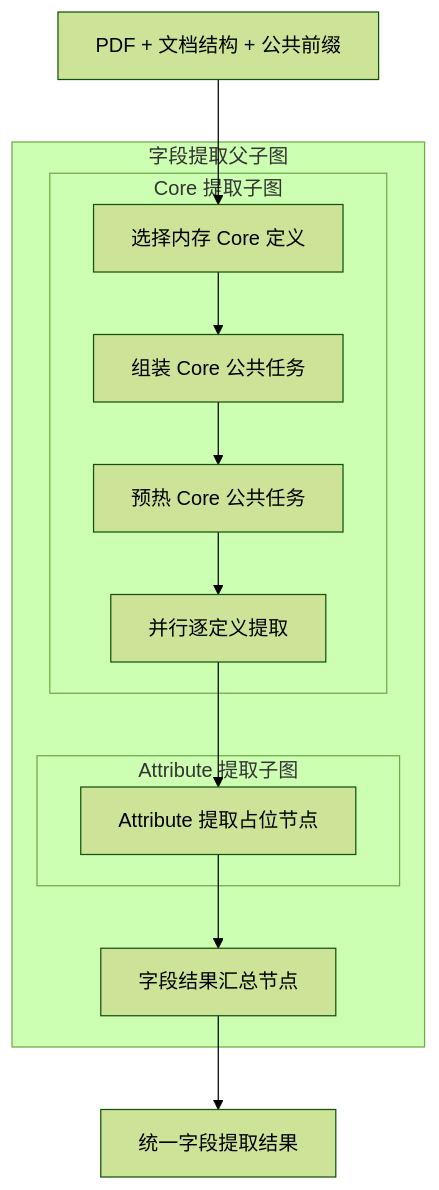
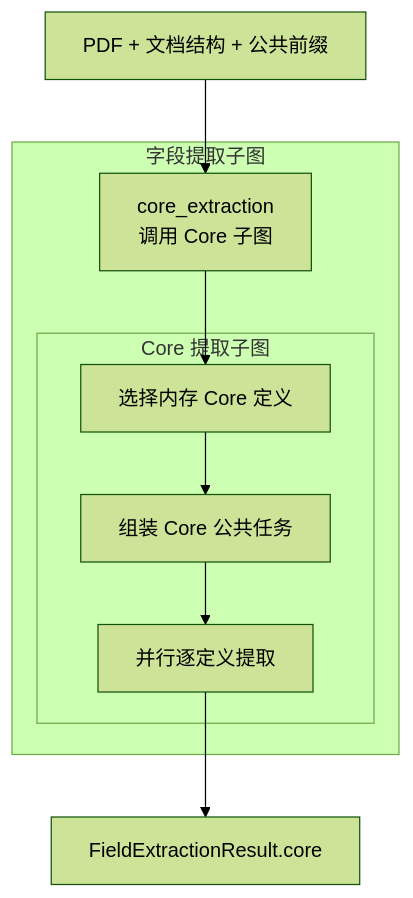
The diagram in description/architecture/subgraph/field-extraction.md (caicai-6666/contract-service-be), drawn with Mermaid (forest theme) before and after one commit. The commit also changed other lines of this file and 95 other files, not shown here.

````diff
--- a/description/architecture/subgraph/field-extraction.md
+++ b/description/architecture/subgraph/field-extraction.md
@@ -13,24 +11,20 @@
 ```mermaid
 flowchart TD
     input["PDF + 文档结构 + 公共前缀"]
 
-    subgraph field_extraction["字段提取父子图"]
+    subgraph field_extraction["字段提取子图"]
+        core_entry["core_extraction<br/>调用 Core 子图"]
+
         subgraph core["Core 提取子图"]
             select_core["选择内存 Core 定义"]
             assemble_core["组装 Core 公共任务"]
-            prefill_core["预热 Core 公共任务"]
             extract_core["并行逐定义提取"]
-            select_core --> assemble_core --> prefill_core --> extract_core
+            select_core --> assemble_core --> extract_core
         end
 
-        subgraph attribute["Attribute 提取子图"]
-            extract_attribute["Attribute 提取占位节点"]
-        end
-
-        merge["字段结果汇总节点"]
-        extract_core --> extract_attribute --> merge
+        core_entry --> select_core
     end
 
-    input --> select_core
-    merge --> output["统一字段提取结果"]
+    input --> core_entry
+    extract_core --> output["FieldExtractionResult.core"]
 ```
````
